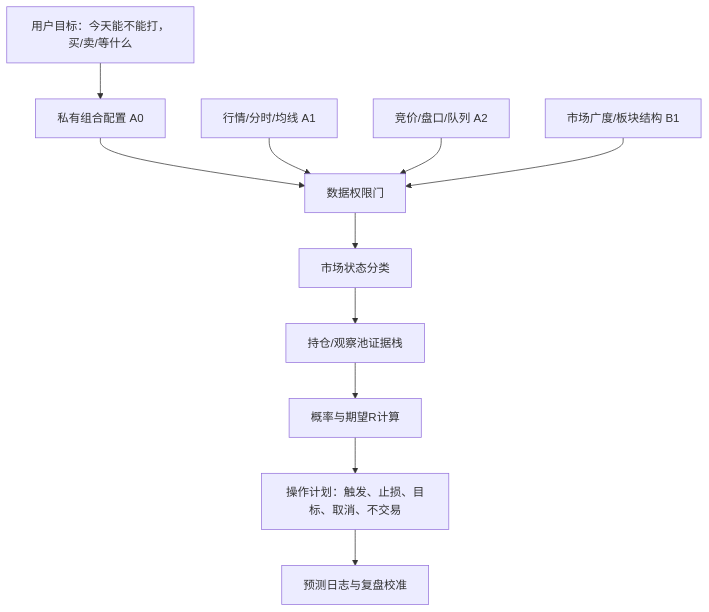
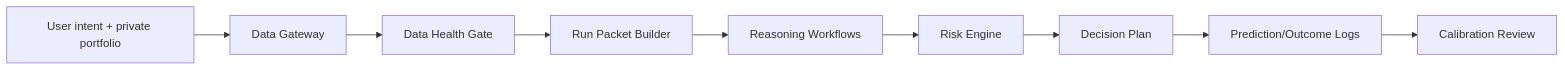
Before and after one commit to eulalee001020-star/a-share-ai-decision-assistant: the diagram in docs/portfolio.md, drawn with Mermaid. The commit also changed other lines of this file and 2 other files, not shown here.

Commit message:
Document decision-support agent architecture

````diff
--- a/docs/portfolio.md
+++ b/docs/portfolio.md
@@ -34,13 +34,11 @@
 ```mermaid
-flowchart TD
-  U["用户目标：今天能不能打，买/卖/等什么"] --> C["私有组合配置 A0"]
-  C --> G["数据权限门"]
-  M["行情/分时/均线 A1"] --> G
-  A["竞价/盘口/队列 A2"] --> G
-  B["市场广度/板块结构 B1"] --> G
-  G --> R["市场状态分类"]
-  R --> S["持仓/观察池证据栈"]
-  S --> P["概率与期望R计算"]
-  P --> O["操作计划：触发、止损、目标、取消、不交易"]
-  O --> L["预测日志与复盘校准"]
+flowchart LR
+  A["User intent + private portfolio"] --> B["Data Gateway"]
+  B --> C["Data Health Gate"]
+  C --> D["Run Packet Builder"]
+  D --> E["Reasoning Workflows"]
+  E --> F["Risk Engine"]
+  F --> G["Decision Plan"]
+  G --> H["Prediction/Outcome Logs"]
+  H --> I["Calibration Review"]
 ```
````
